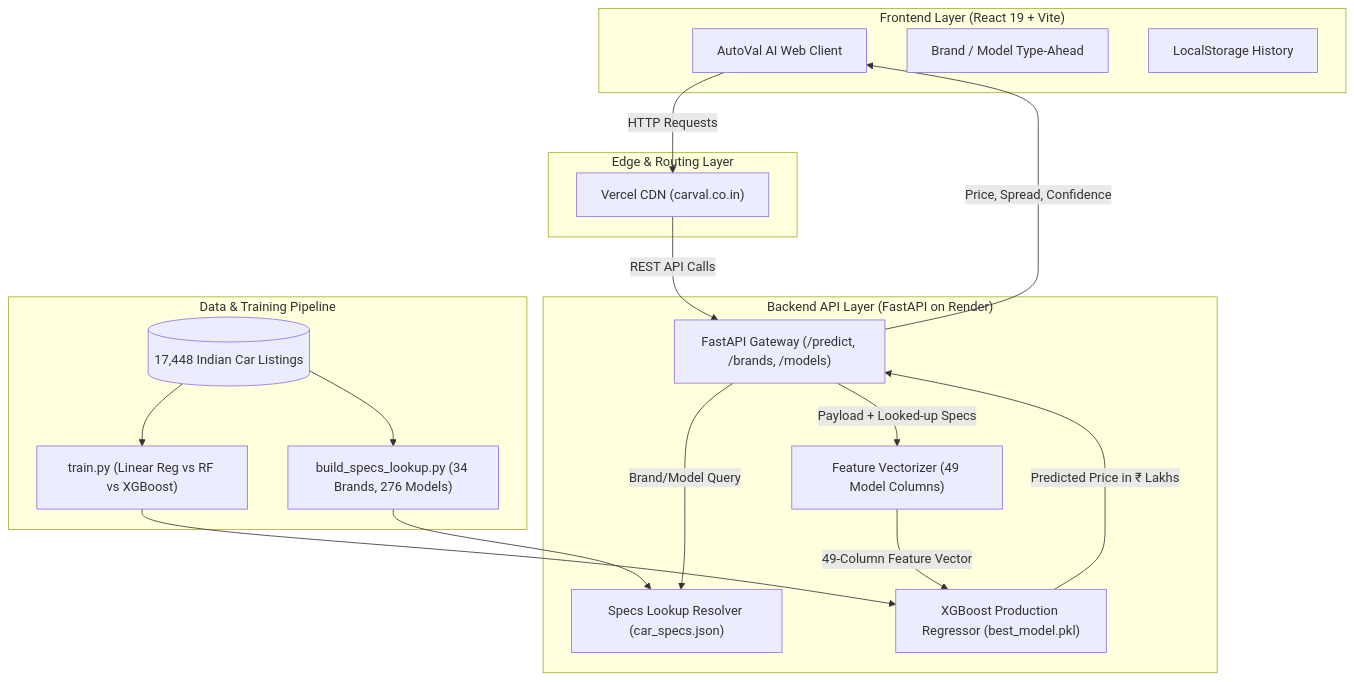
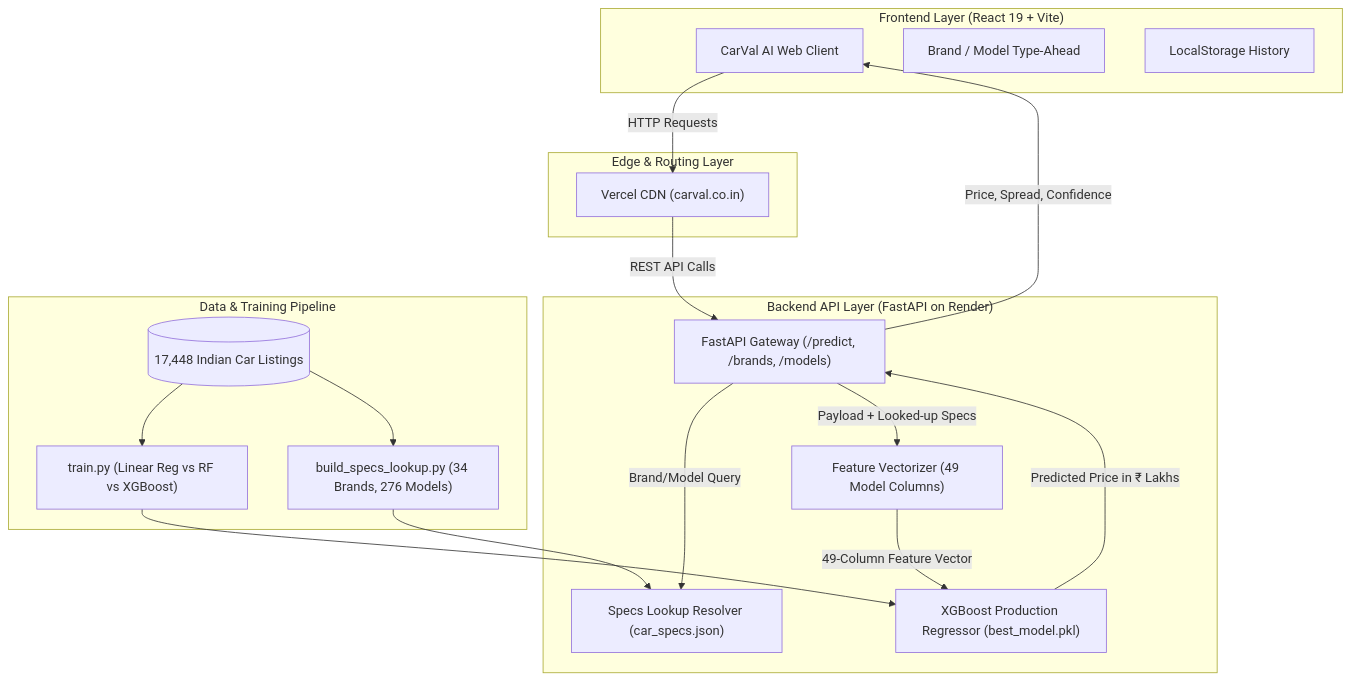
One commit to Devnarayan052/capStone changed the diagram in README.md. Above: the diagram before and after it, drawn with Mermaid. The commit also changed other lines of this file and 5 other files, not shown here.

Commit message:
🏷️ Brand: Rename all occurrences from AutoVal AI to CarVal AI across frontend, backend, and documentation

````diff
--- a/README.md
+++ b/README.md
@@ -43,38 +43,38 @@
 ```mermaid
 flowchart TD
     subgraph Client ["Frontend Layer (React 19 + Vite)"]
-        UI["AutoVal AI Web Client"]
+        UI["CarVal AI Web Client"]
         TypeAhead["Brand / Model Type-Ahead"]
         History["LocalStorage History"]
     end
 
     subgraph CDN ["Edge & Routing Layer"]
         VercelEdge["Vercel CDN (carval.co.in)"]
     end
 
     subgraph Backend ["Backend API Layer (FastAPI on Render)"]
         API["FastAPI Gateway (/predict, /brands, /models)"]
         LookupEngine["Specs Lookup Resolver (car_specs.json)"]
         Preprocessor["Feature Vectorizer (49 Model Columns)"]
         XGBoostModel["XGBoost Production Regressor (best_model.pkl)"]
     end
 
     subgraph Data ["Data & Training Pipeline"]
         RawData[("17,448 Indian Car Listings")]
         TrainPipeline["train.py (Linear Reg vs RF vs XGBoost)"]
         SpecsBuilder["build_specs_lookup.py (34 Brands, 276 Models)"]
     end
 
     UI -->|HTTP Requests| VercelEdge
     VercelEdge -->|REST API Calls| API
     API -->|Brand/Model Query| LookupEngine
     API -->|Payload + Looked-up Specs| Preprocessor
     Preprocessor -->|49-Column Feature Vector| XGBoostModel
     XGBoostModel -->|Predicted Price in ₹ Lakhs| API
     API -->|Price, Spread, Confidence| UI
     
     RawData --> TrainPipeline
     RawData --> SpecsBuilder
     TrainPipeline --> XGBoostModel
     SpecsBuilder --> LookupEngine
 ```
````
